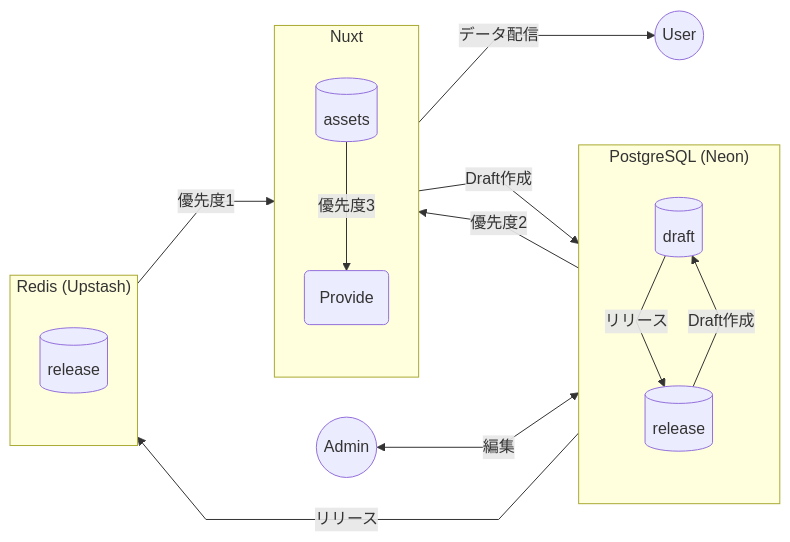
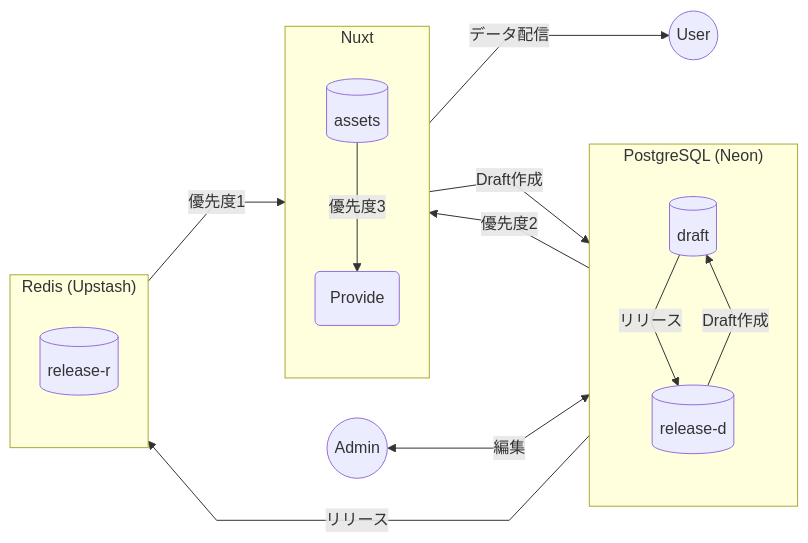
The first of 2 diagrams in Backend.md (nishi-developers/SchoolMaps), drawn with Mermaid before and after one commit. The commit also changed 1 other file, not shown here.

Commit message:
.env.exampleを追加

````diff
--- a/Backend.md
+++ b/Backend.md
@@ -12,39 +12,39 @@
 ```mermaid
 %%{ init: { "flowchart": { "curve": "linear", "nodeSpacing": 40, "rankSpacing": 80 } } }%%
 flowchart LR
 
 %% セクション
 subgraph Nuxt
   direction TB
   N_assets[(assets)]
   N_provider(Provide)
 end
 
 subgraph DB["PostgreSQL (Neon)"]
   direction TB
   D_draft[(draft)]
-  D_release[(release)]
+  D_release[(release-d)]
 end
 
 subgraph Redis["Redis (Upstash)"]
   direction TB
-  R_release[(release)]
+  R_release[(release-r)]
 end
 
 %% 外部
 U((User))
 A((Admin))
 
 %% フロー
 N_assets --Draft作成--> D_draft
 D_release --Draft作成--> D_draft 
 D_draft --リリース--> D_release
 D_draft --リリース--> R_release
 
 R_release --優先度1--> N_provider
 D_release --優先度2--> N_provider
 N_assets --優先度3--> N_provider
 N_provider --データ配信--> U
 
 A <--編集--> D_draft
 ```
````
